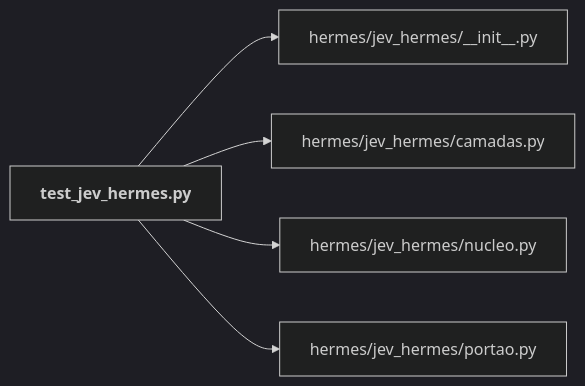
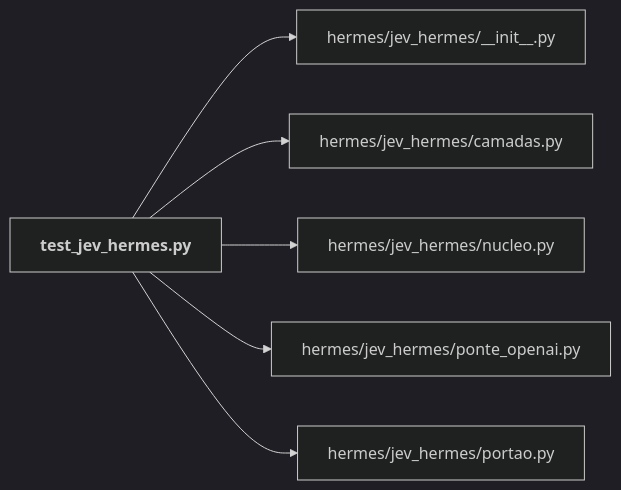
One commit to igormorais123/JEV changed the diagram in mapa/pastas/hermes__tests.md. Above: the diagram before and after it, drawn with Mermaid (dark theme). The commit also changed other lines of this file and 44 other files, not shown here.

````diff
--- a/mapa/pastas/hermes__tests.md
+++ b/mapa/pastas/hermes__tests.md
@@ -17,12 +17,14 @@
 ```mermaid
 flowchart LR
   n_hermes_jev_hermes___init___py["hermes/jev_hermes/__init__.py"]
   n_hermes_jev_hermes_camadas_py["hermes/jev_hermes/camadas.py"]
   n_hermes_jev_hermes_nucleo_py["hermes/jev_hermes/nucleo.py"]
+  n_hermes_jev_hermes_ponte_openai_py["hermes/jev_hermes/ponte_openai.py"]
   n_hermes_jev_hermes_portao_py["hermes/jev_hermes/portao.py"]
   n_hermes_tests_test_jev_hermes_py["<b>test_jev_hermes.py</b>"]
   n_hermes_tests_test_jev_hermes_py --> n_hermes_jev_hermes___init___py
   n_hermes_tests_test_jev_hermes_py --> n_hermes_jev_hermes_camadas_py
   n_hermes_tests_test_jev_hermes_py --> n_hermes_jev_hermes_nucleo_py
+  n_hermes_tests_test_jev_hermes_py --> n_hermes_jev_hermes_ponte_openai_py
   n_hermes_tests_test_jev_hermes_py --> n_hermes_jev_hermes_portao_py
 ```
````
